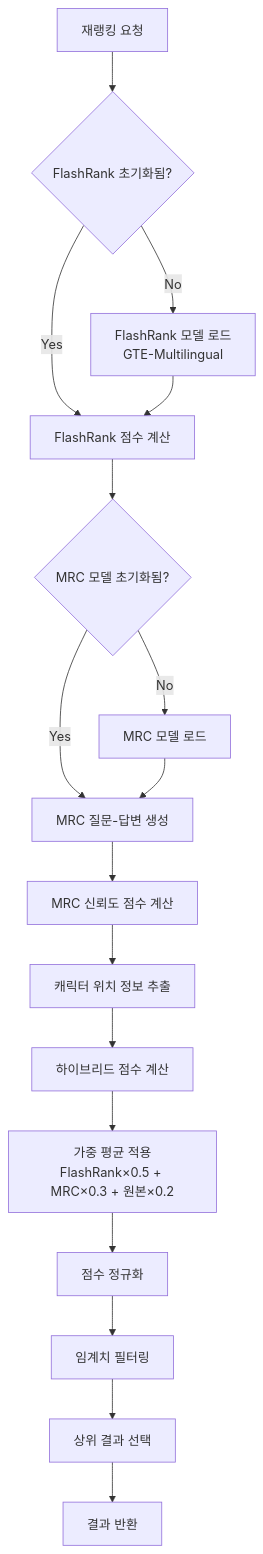
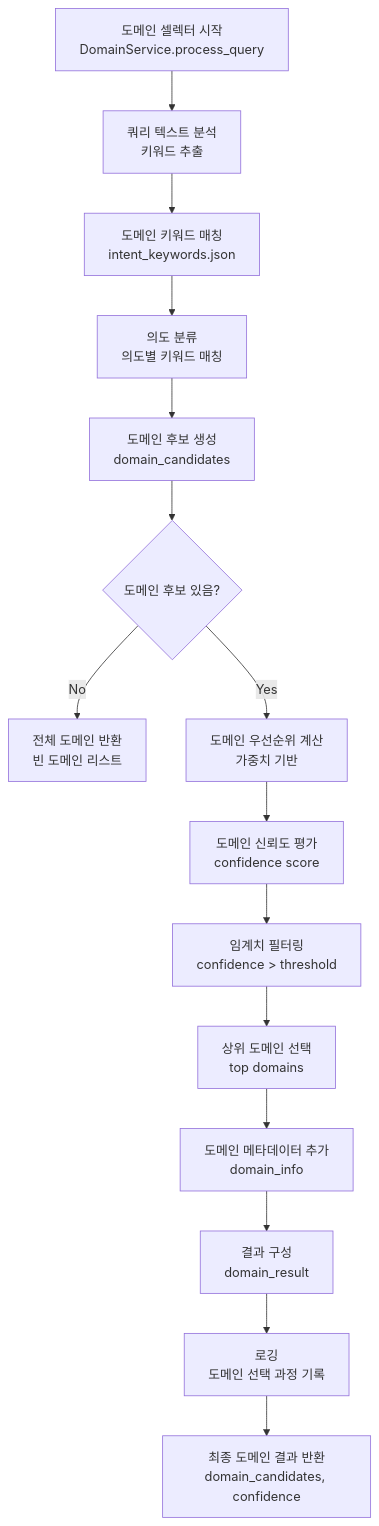
One commit to FingerAI-Team/uwsgi-fastcgi changed the sixth of 12 diagrams in workflow_diagram.md. Above: the diagram before and after it, drawn with Mermaid. The commit also changed other lines of this file, not shown here.

Commit message:
다이어그램 업데이트

````diff
--- a/workflow_diagram.md
+++ b/workflow_diagram.md
@@ -119,23 +266,21 @@
 ```mermaid
 flowchart TD
-    A[재랭킹 요청] --> B{FlashRank 초기화됨?}
+    A[도메인 셀렉터 시작<br/>DomainService.process_query] --> B[쿼리 텍스트 분석<br/>키워드 추출]
     
-    B -->|No| C[FlashRank 모델 로드<br/>GTE-Multilingual]
-    B -->|Yes| D[FlashRank 점수 계산]
-    C --> D
+    B --> C[도메인 키워드 매칭<br/>intent_keywords.json]
+    C --> D[의도 분류<br/>의도별 키워드 매칭]
+    D --> E[도메인 후보 생성<br/>domain_candidates]
     
-    D --> E{MRC 모델 초기화됨?}
-    E -->|No| F[MRC 모델 로드]
-    E -->|Yes| G[MRC 질문-답변 생성]
-    F --> G
+    E --> F{도메인 후보 있음?}
+    F -->|No| G[전체 도메인 반환<br/>빈 도메인 리스트]
+    F -->|Yes| H[도메인 우선순위 계산<br/>가중치 기반]
     
-    G --> H[MRC 신뢰도 점수 계산]
-    H --> I[캐릭터 위치 정보 추출]
-    I --> J[하이브리드 점수 계산]
+    H --> I[도메인 신뢰도 평가<br/>confidence score]
+    I --> J[임계치 필터링<br/>confidence > threshold]
+    J --> K[상위 도메인 선택<br/>top domains]
     
-    J --> K[가중 평균 적용<br/>FlashRank×0.5 + MRC×0.3 + 원본×0.2]
-    K --> L[점수 정규화]
-    L --> M[임계치 필터링]
-    M --> N[상위 결과 선택]
-    N --> O[결과 반환]
+    K --> L[도메인 메타데이터 추가<br/>domain_info]
+    L --> M[결과 구성<br/>domain_result]
+    M --> N[로깅<br/>도메인 선택 과정 기록]
+    N --> O[최종 도메인 결과 반환<br/>domain_candidates, confidence]
 ```
````
